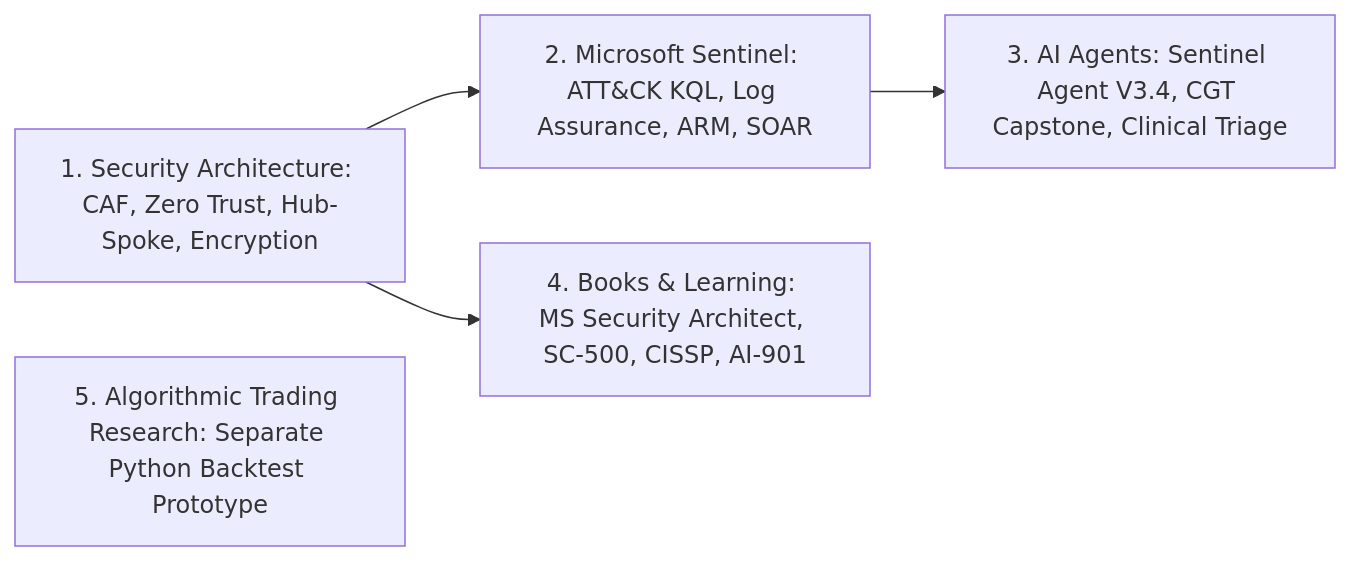
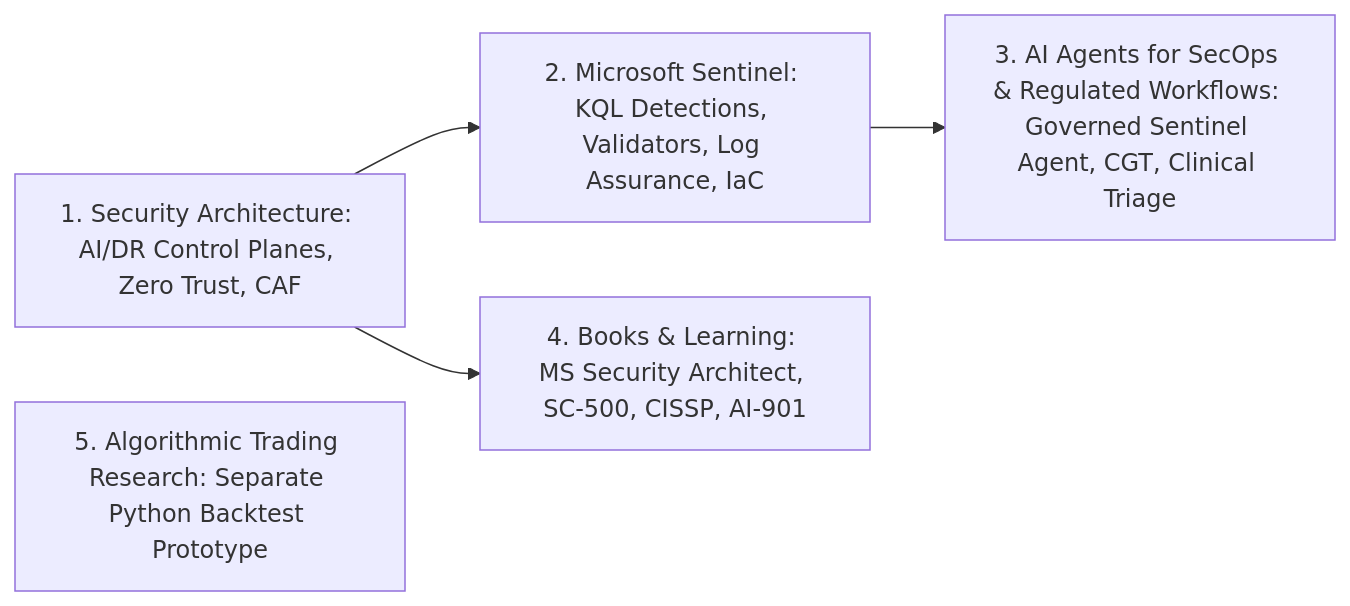
One commit to 86sunbot/portfolio changed the diagram in README.md. Above: the diagram before and after it, drawn with Mermaid. The commit also changed other lines of this file and 5 other files, not shown here.

Commit message:
docs: add 3 public flagship examples with diagrams, KQL/code excerpts, and sample lesson

````diff
--- a/README.md
+++ b/README.md
@@ -7,7 +7,7 @@
 ```mermaid
 flowchart LR
-    A["1. Security Architecture: CAF, Zero Trust, Hub-Spoke, Encryption"] --> B["2. Microsoft Sentinel: ATT&CK KQL, Log Assurance, ARM, SOAR"]
-    B --> C["3. AI Agents: Sentinel Agent V3.4, CGT Capstone, Clinical Triage"]
+    A["1. Security Architecture: AI/DR Control Planes, Zero Trust, CAF"] --> B["2. Microsoft Sentinel: KQL Detections, Validators, Log Assurance, IaC"]
+    B --> C["3. AI Agents for SecOps & Regulated Workflows: Governed Sentinel Agent, CGT, Clinical Triage"]
     A --> D["4. Books & Learning: MS Security Architect, SC-500, CISSP, AI-901"]
     E["5. Algorithmic Trading Research: Separate Python Backtest Prototype"]
 ```
````
